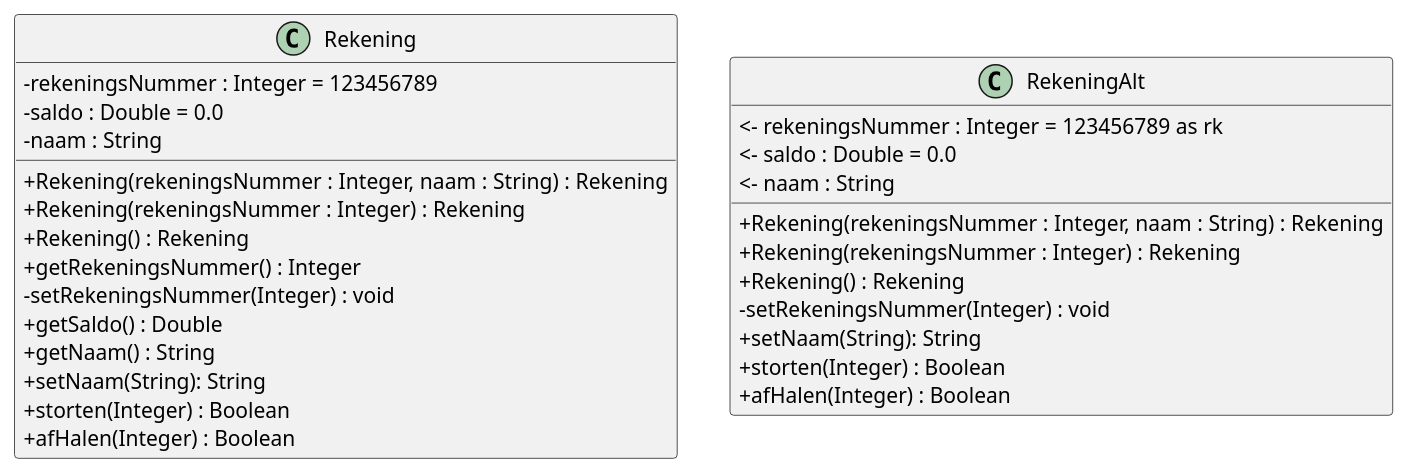
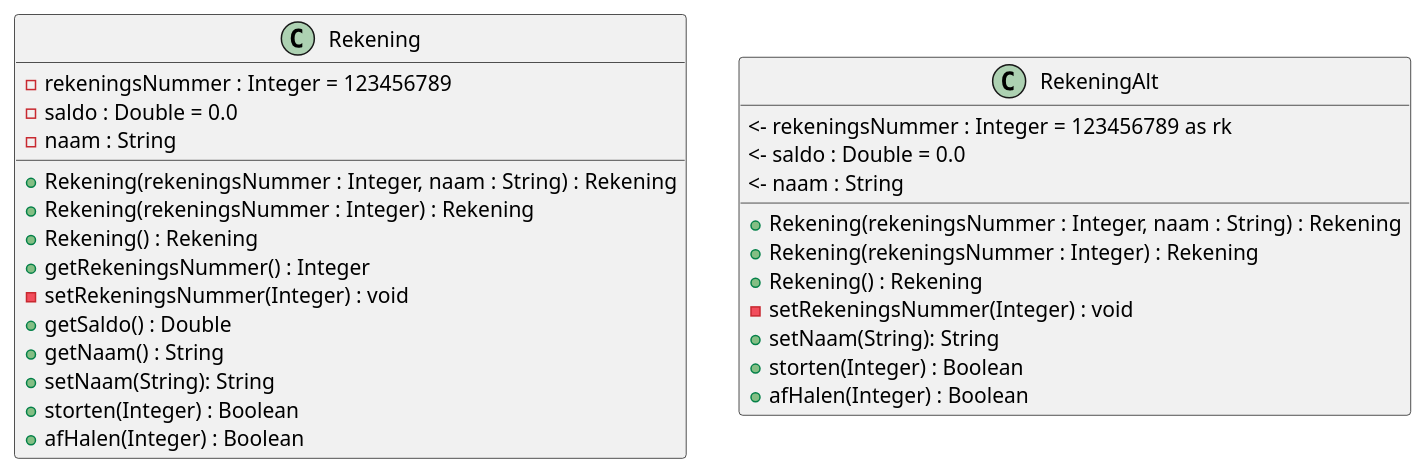
Before and after one commit to AdrenalineGhost/Projects: the diagram in java/H3/Oef4/Oef4.puml, drawn with PlantUML. The commit also changed 11 other files, not shown here.

```diff
--- a/java/H3/Oef4/Oef4.puml
+++ b/java/H3/Oef4/Oef4.puml
@@ -1,34 +1,33 @@
 @startuml Rekening
-skinparam ClassAttributeIconSize 0
 
 class Rekening{
     + Rekening(rekeningsNummer : Integer, naam : String) : Rekening
     + Rekening(rekeningsNummer : Integer) : Rekening
     + Rekening() : Rekening
     - rekeningsNummer : Integer = 123456789
     - saldo : Double = 0.0
     - naam : String
     + getRekeningsNummer() : Integer
     - setRekeningsNummer(Integer) : void
     + getSaldo() : Double
     + getNaam() : String
     + setNaam(String): String
     + storten(Integer) : Boolean
     + afHalen(Integer) : Boolean
 }
 
 class RekeningAlt{
     + Rekening(rekeningsNummer : Integer, naam : String) : Rekening
     + Rekening(rekeningsNummer : Integer) : Rekening
     + Rekening() : Rekening
     <- rekeningsNummer : Integer = 123456789 as rk
     <- saldo : Double = 0.0
     <- naam : String
     - setRekeningsNummer(Integer) : void
     + setNaam(String): String
     + storten(Integer) : Boolean
     + afHalen(Integer) : Boolean
 }
 
 
 @enduml
```
